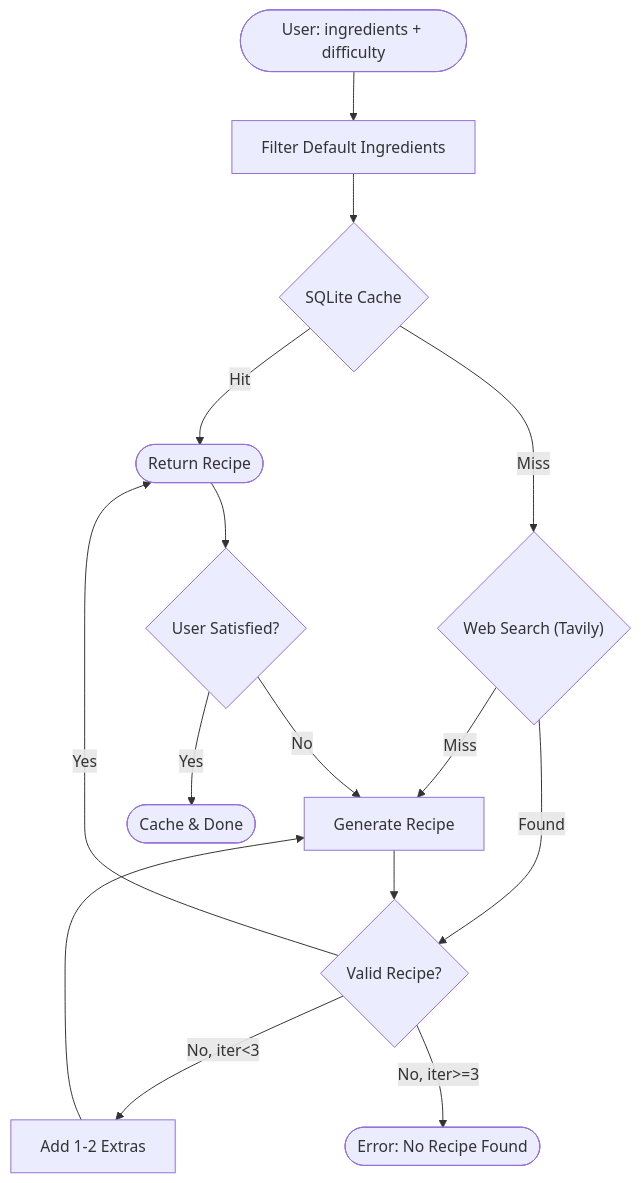
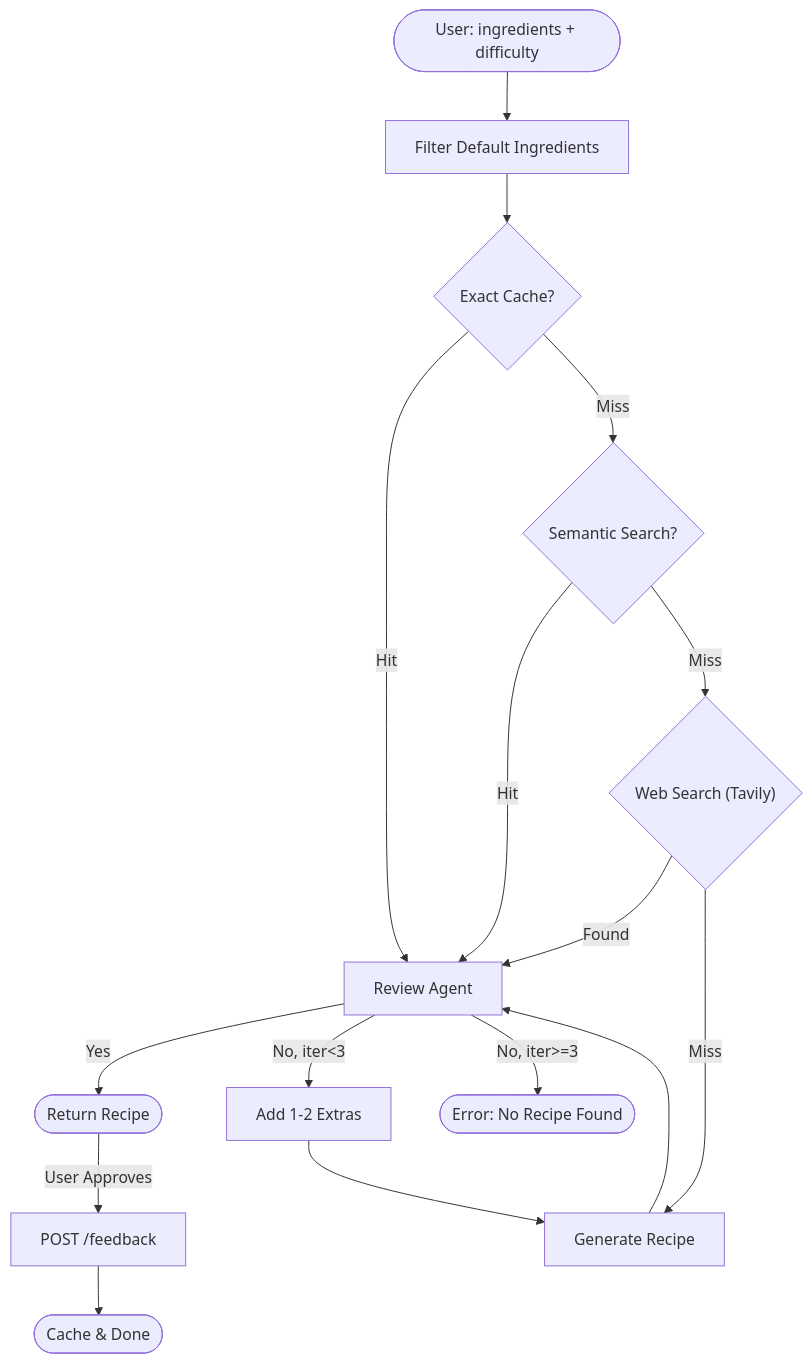
One commit to dnzbekts/chestia-app changed the diagram in README.md. Above: the diagram before and after it, drawn with Mermaid. The commit also changed other lines of this file and 12 other files, not shown here.

First line of the commit message:
feat(backend): Implement semantic search and upgrade to Gemini 2.0

````diff
--- a/README.md
+++ b/README.md
@@ -26,20 +28,22 @@
 ```mermaid
 graph TD
     User([User: ingredients + difficulty]) --> Filter[Filter Default Ingredients]
-    Filter --> Cache{SQLite Cache}
-    Cache -- Hit --> Result([Return Recipe])
-    Cache -- Miss --> Search{"Web Search (Tavily)"}
+    Filter --> ExactCache{Exact Cache?}
+    ExactCache -- Hit --> Review[Review Agent]
+    ExactCache -- Miss --> SemanticCache{Semantic Search?}
     
-    Search -- Found --> Review{Valid Recipe?}
+    SemanticCache -- Hit --> Review
+    SemanticCache -- Miss --> Search{"Web Search (Tavily)"}
+    
+    Search -- Found --> Review
     Search -- Miss --> Generate[Generate Recipe]
     
     Generate --> Review
-    Review -- Yes --> Result
+    Review -- Yes --> Result([Return Recipe])
     Review -- No, iter<3 --> AddExtras[Add 1-2 Extras]
     AddExtras --> Generate
     Review -- No, iter>=3 --> Error([Error: No Recipe Found])
     
-    Result --> Modify{User Satisfied?}
-    Modify -- Yes --> Done([Cache & Done])
-    Modify -- No --> Generate
+    Result -- User Approves --> Feedback[POST /feedback]
+    Feedback --> Done([Cache & Done])
 ```
````
